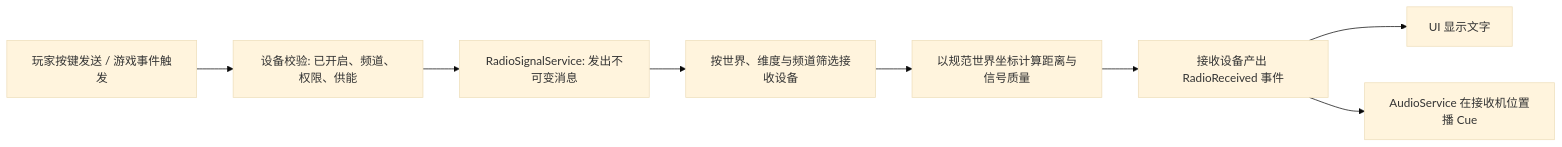
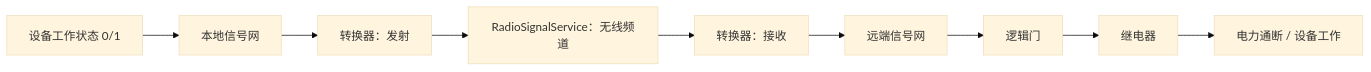
One commit to XDIOEZ/TerraFlat changed the diagram in 开发文档文件夹/06_交通建筑与交互/无线电系统规划.md. Above: the diagram before and after it, drawn with Mermaid (base theme). The commit also changed other lines of this file, not shown here.

````diff
--- a/开发文档文件夹/06_交通建筑与交互/无线电系统规划.md
+++ b/开发文档文件夹/06_交通建筑与交互/无线电系统规划.md
@@ -15,10 +18,11 @@
 ```mermaid
 flowchart LR
-  A[玩家按键发送 / 游戏事件触发] --> B[设备校验: 已开启、频道、权限、供能]
-  B --> C[RadioSignalService: 发出不可变消息]
-  C --> D[按世界、维度与频道筛选接收设备]
-  D --> E[以规范世界坐标计算距离与信号质量]
-  E --> F[接收设备产出 RadioReceived 事件]
-  F --> G[UI 显示文字]
-  F --> H[AudioService 在接收机位置播 Cue]
+  A[设备工作状态 0/1] --> B[本地信号网]
+  B --> C[转换器：发射]
+  C --> D[RadioSignalService：无线频道]
+  D --> E[转换器：接收]
+  E --> F[远端信号网]
+  F --> G[逻辑门]
+  G --> H[继电器]
+  H --> I[电力通断 / 设备工作]
 ```
````
